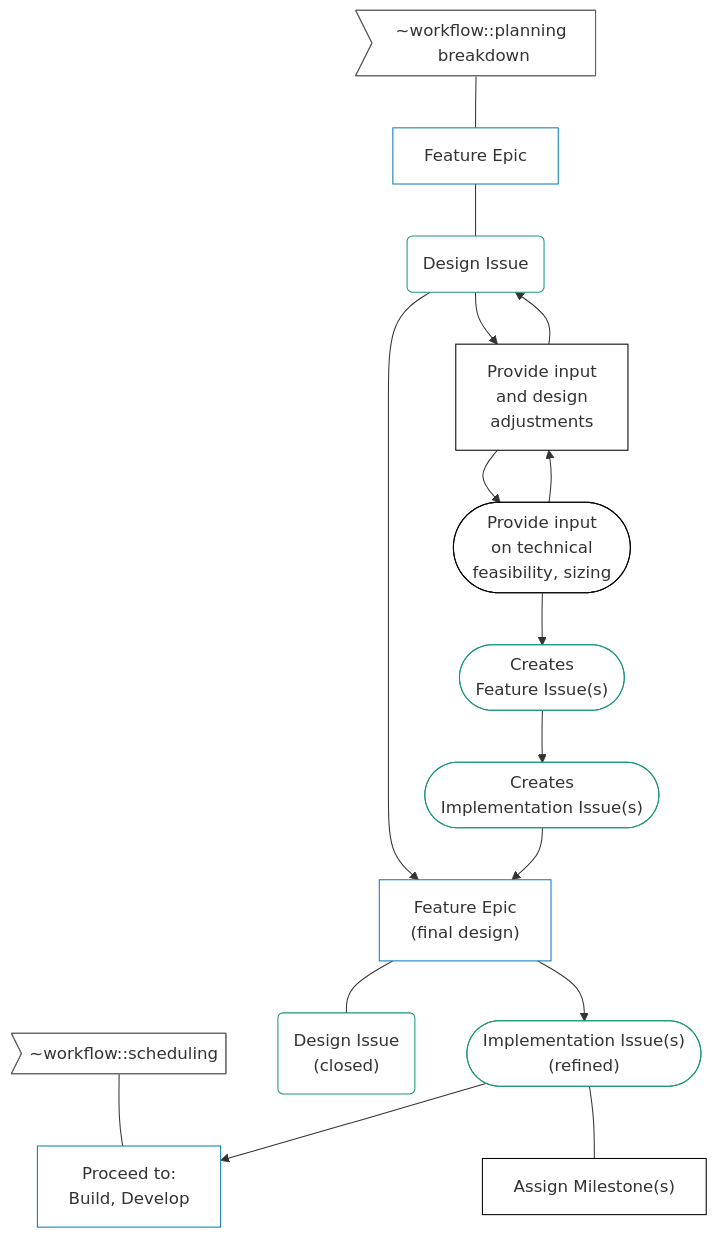
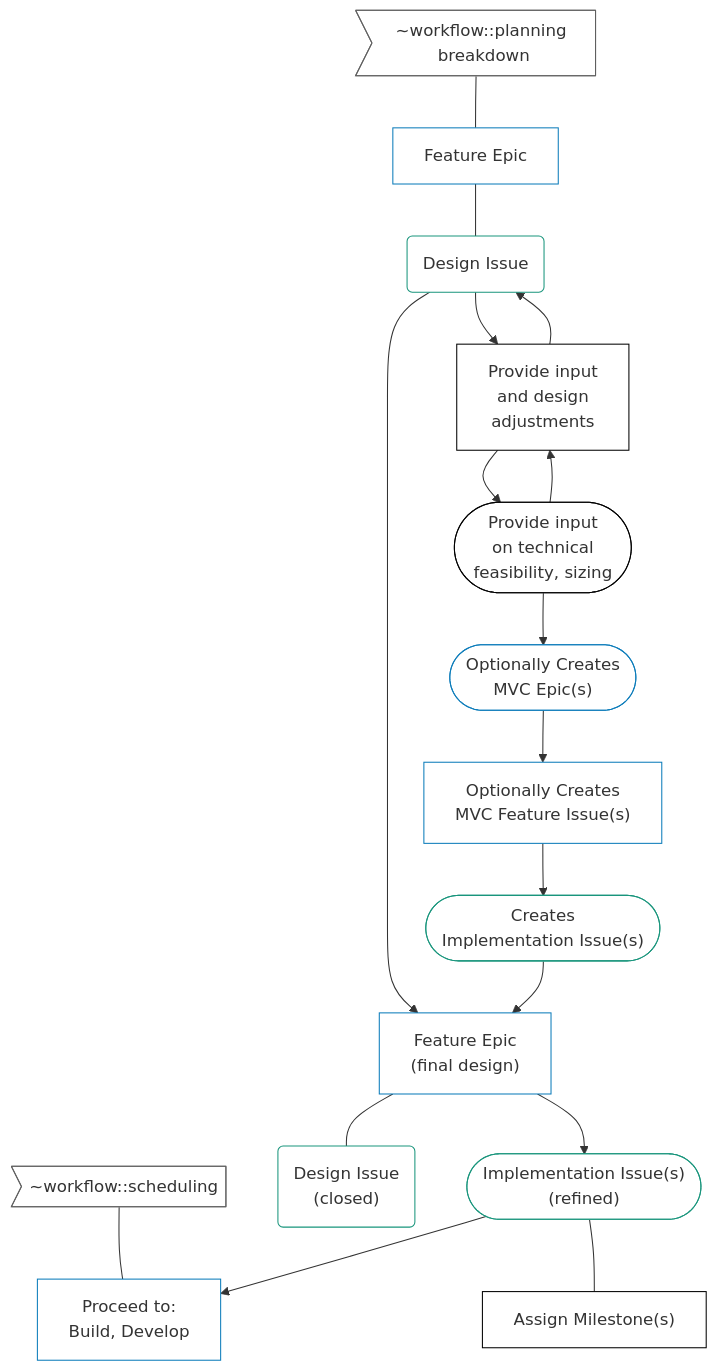
Before and after one commit to secretstartups/handbook: the eighth of 12 diagrams in development/threat-management/planning/diagram.html.md, drawn with Mermaid. The commit also changed other lines of this file, not shown here.

Commit message:
More mermaid updates

````diff
--- a/development/threat-management/planning/diagram.html.md
+++ b/development/threat-management/planning/diagram.html.md
@@ -199,39 +199,40 @@
 ```mermaid
 graph TD
 
   %% build p1
   L1>"~workflow::planning breakdown"]
   L2>"~workflow::scheduling"]
   A0[Feature Epic]
   A1(Design Issue)
   A2[Provide input<br>and design<br>adjustments]
   A3([Provide input<br>on technical<br>feasibility, sizing])
-  A4a(["Creates<br>Feature Issue(s)"])
-  A4(["Creates<br>Implementation Issue(s)"])
+  A4(["Optionally Creates<br>MVC Epic(s)"])
+  A4a["Optionally Creates<br>MVC Feature Issue(s)"]
+  A4b(["Creates<br>Implementation Issue(s)"])
   A5["Feature Epic<br>(final design)"]
   A6("Design Issue<br>(closed)")
   A7(["Implementation Issue(s)<br>(refined)"])
   A8["Assign Milestone(s)"]
   A9[Proceed to:<br>Build, Develop]
   L1 --- A0
   L2 --- A9
   A0 --- A1
   A1 --> A5
   A1 --> A2 --> A1
   A2 --> A3 --> A2
-  A3 --> A4a --> A4 --> A5 --- A6
+  A3 --> A4 --> A4a --> A4b --> A5 --- A6
   A5 --> A7 --> A9
   A7 --- A8
 
   classDef idea fill:#ffffff,stroke:#19957C;
-  class A1,A4a,A4,A6,A7 idea
+  class A1,A4b,A6,A7 idea
 
   classDef feature fill:#ffffff,stroke:#0C7CBA;
-  class A0,A5,A9,A9b feature
+  class A0,A4,A4a,A5,A9,A9b feature
 
   classDef plain fill:#ffffff,stroke:#000000;
   class A2,A3,A8,A10 plain
 
   classDef label fill:#ffffff,stroke:#606060;
   class L1,L2 label
 ```
````
